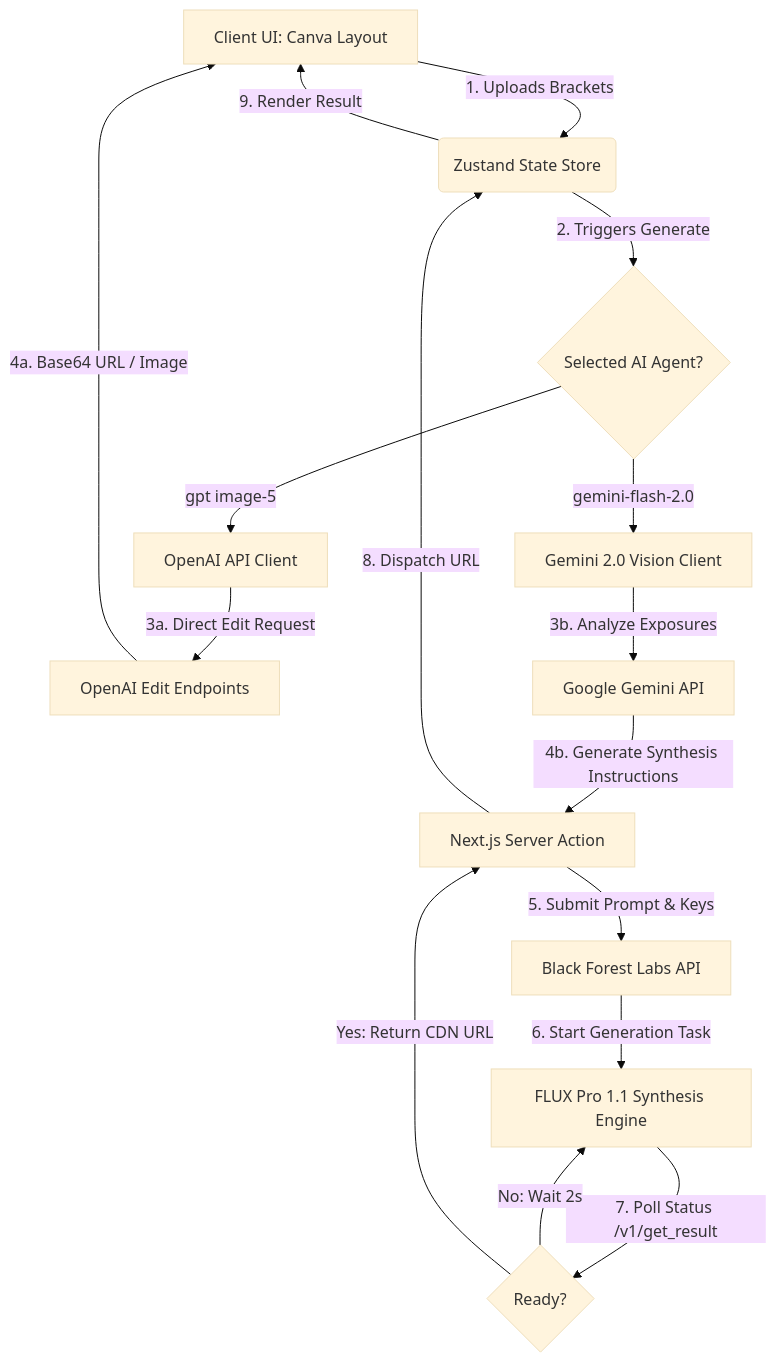
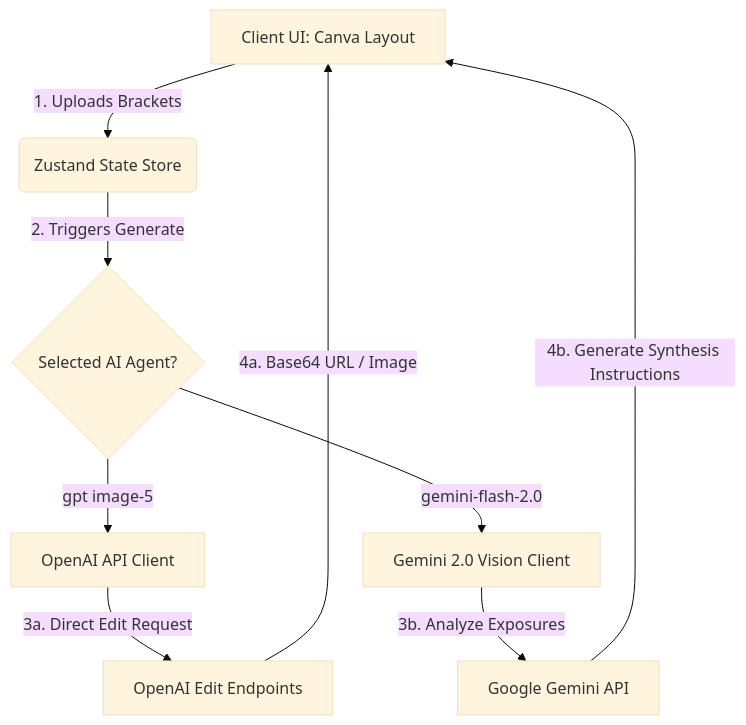
The diagram in README.md (patelpreet332/real-estate-hdr-fusion), drawn with Mermaid (base theme) before and after one commit. The commit also changed other lines of this file and 1 other file, not shown here.

````diff
--- a/README.md
+++ b/README.md
@@ -54,21 +41,14 @@
 ```mermaid
 graph TD
     A[Client UI: Canva Layout] -->|1. Uploads Brackets| B(Zustand State Store)
     B -->|2. Triggers Generate| C{Selected AI Agent?}
     
     C -->|gpt image-5| D[OpenAI API Client]
     C -->|gemini-flash-2.0| E[Gemini 2.0 Vision Client]
     
     D -->|3a. Direct Edit Request| F[OpenAI Edit Endpoints]
     F -->|4a. Base64 URL / Image| A
     
     E -->|3b. Analyze Exposures| G[Google Gemini API]
-    G -->|4b. Generate Synthesis Instructions| H[Next.js Server Action]
-    H -->|5. Submit Prompt & Keys| I[Black Forest Labs API]
-    I -->|6. Start Generation Task| J[FLUX Pro 1.1 Synthesis Engine]
-    J -->|7. Poll Status /v1/get_result| K{Ready?}
-    K -->|No: Wait 2s| J
-    K -->|Yes: Return CDN URL| H
-    H -->|8. Dispatch URL| B
-    B -->|9. Render Result| A
+    G -->|4b. Generate Synthesis Instructions| A
 ```
````
